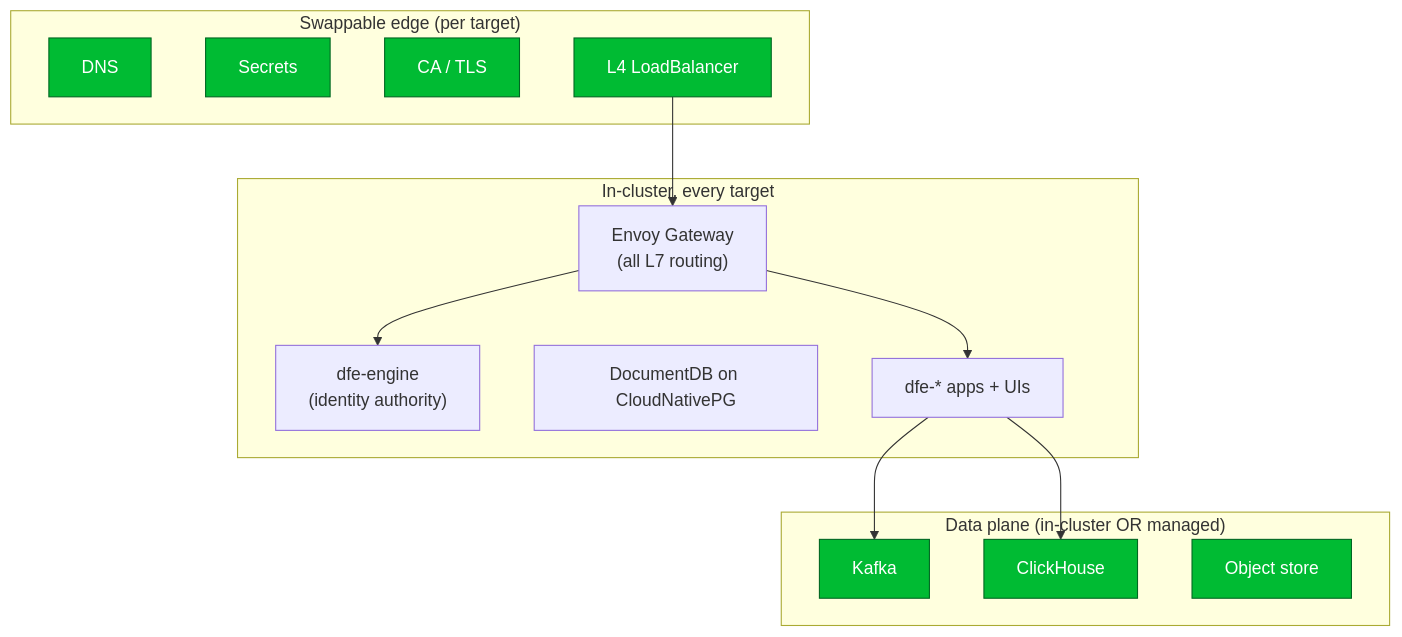
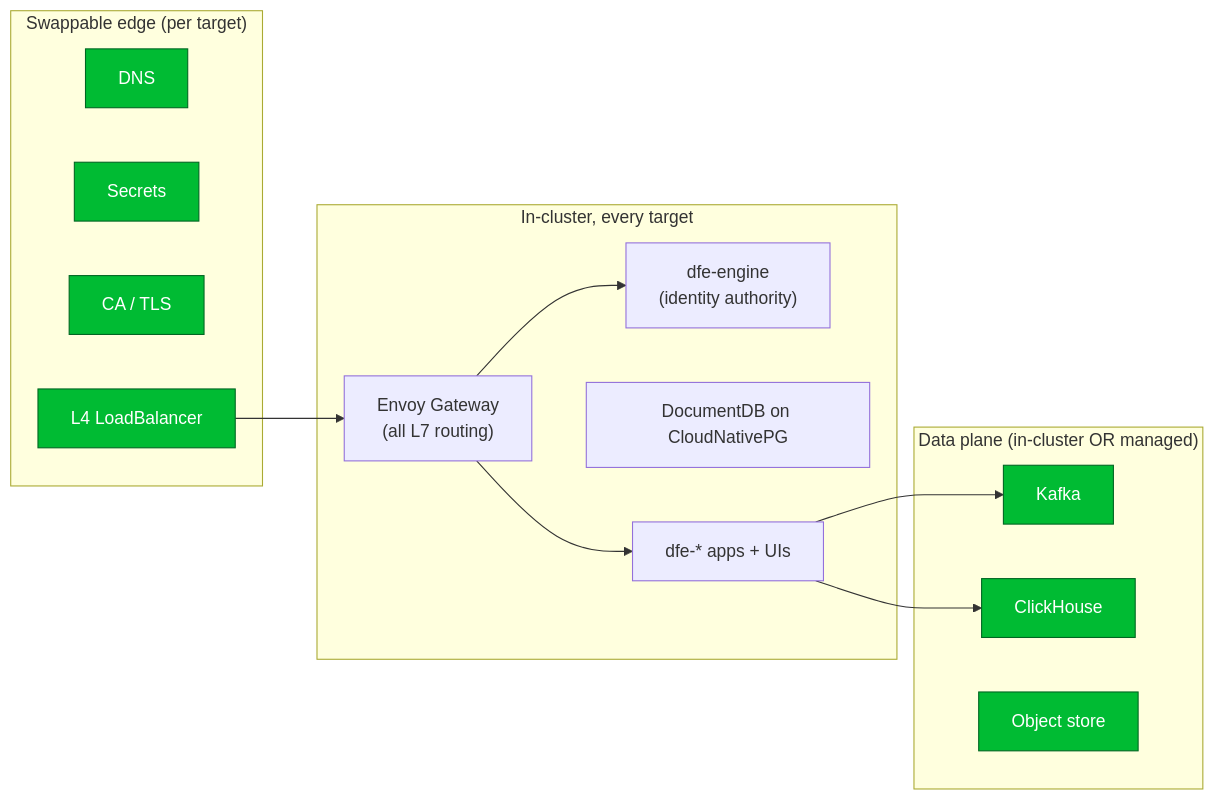
The diagram in docs/deployment/portability-matrix.md (hyperi-io/dfe-infra), drawn with Mermaid before and after one commit. The commit also changed other lines of this file and 93 other files, not shown here.

````diff
--- a/docs/deployment/portability-matrix.md
+++ b/docs/deployment/portability-matrix.md
@@ -17,25 +9,25 @@
 ```mermaid
-flowchart TB
+flowchart LR
     subgraph edge["Swappable edge (per target)"]
         DNS[DNS]:::seam
         SEC[Secrets]:::seam
         CA[CA / TLS]:::seam
         LB[L4 LoadBalancer]:::seam
     end
     subgraph core["In-cluster, every target"]
         GW["Envoy Gateway<br/>(all L7 routing)"]
         ENG["dfe-engine<br/>(identity authority)"]
         FDB["DocumentDB on CloudNativePG"]
         APPS["dfe-* apps + UIs"]
     end
     subgraph data["Data plane (in-cluster OR managed)"]
         KAF[Kafka]:::seam
         CH[ClickHouse]:::seam
         OBJ[Object store]:::seam
     end
     LB --> GW --> APPS
     GW --> ENG
     APPS --> KAF
     APPS --> CH
     classDef seam fill:#0b3,stroke:#062,color:#fff;
 ```
````
